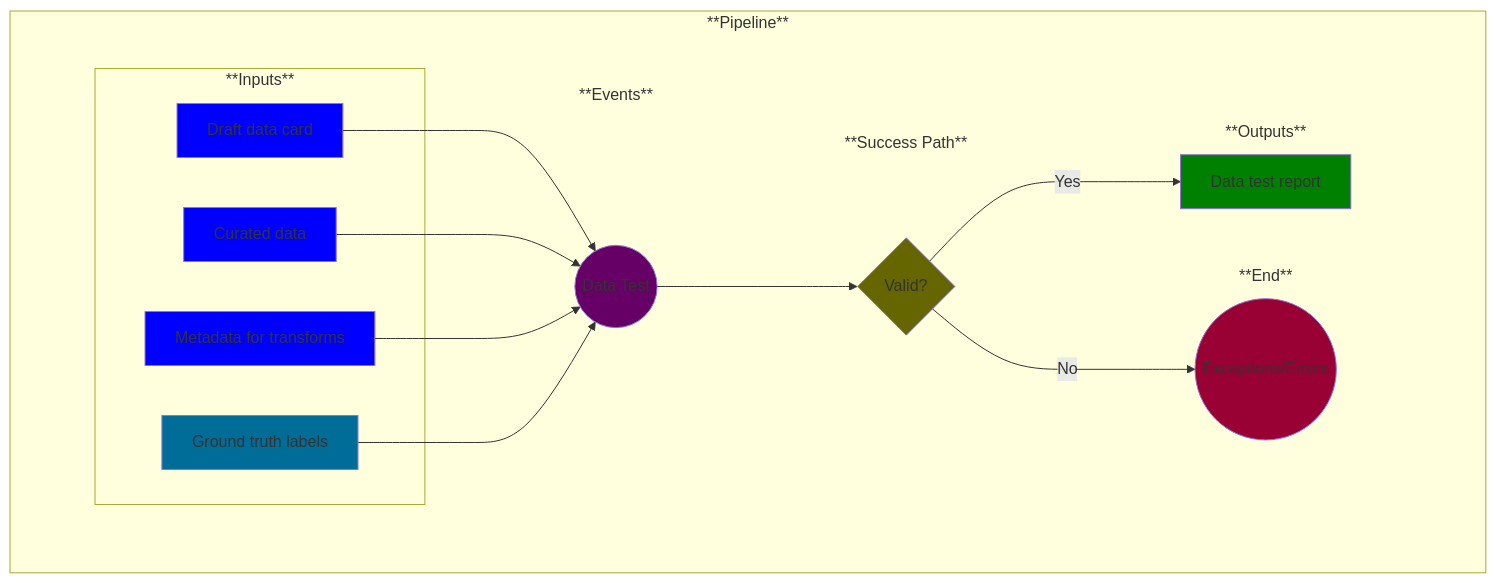
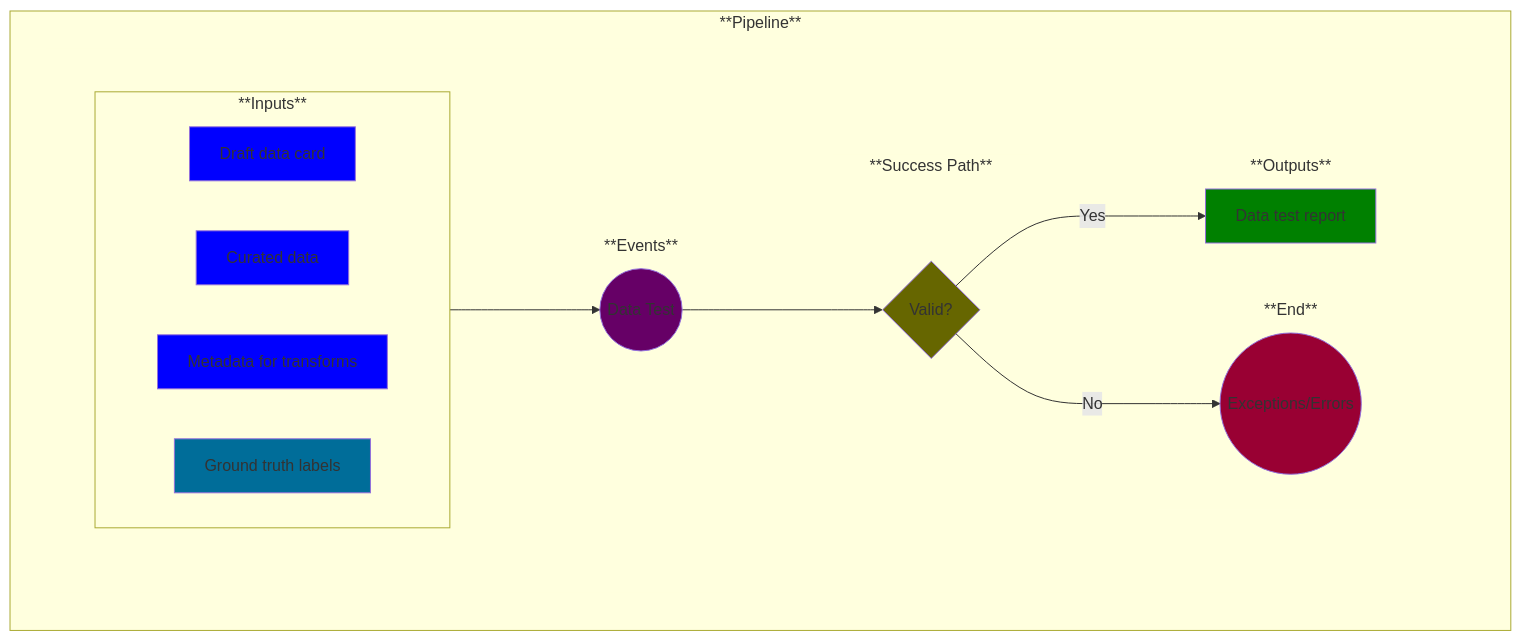
The diagram in use-cases/7-data-test.md (MLOps-OpenAPI/arch-diagrams), drawn with Mermaid before and after one commit. The commit also changed other lines of this file and 20 other files, not shown here.

```diff
--- a/use-cases/7-data-test.md
+++ b/use-cases/7-data-test.md
@@ -35,14 +35,8 @@
             %% Add the rest of the nodes
             subgraph Inputs ["**Inputs**"]
                 A1
-            end
-            subgraph Inputs ["**Inputs**"]
                 A2
-            end
-            subgraph Inputs ["**Inputs**"]
                 A3
-            end
-            subgraph Inputs ["**Inputs**"]
                 A4
             end
             subgraph Events ["**Events**"]
@@ -58,10 +52,7 @@
                 E
             end
         end
-        A1-->B
-        A2-->B
-        A3-->B
-        A4-->B
+        Inputs-->B
         B-->C
         C--> | No | D
         C--> | Yes | E
@@ -96,7 +87,6 @@
 
     %% Remove unnecessary box outlines
     style invisibleSpace stroke-width:0
-    style Inputs stroke-width:0
     style Events stroke-width:0
     style Outputs stroke-width:0
     style End stroke-width:0
```
